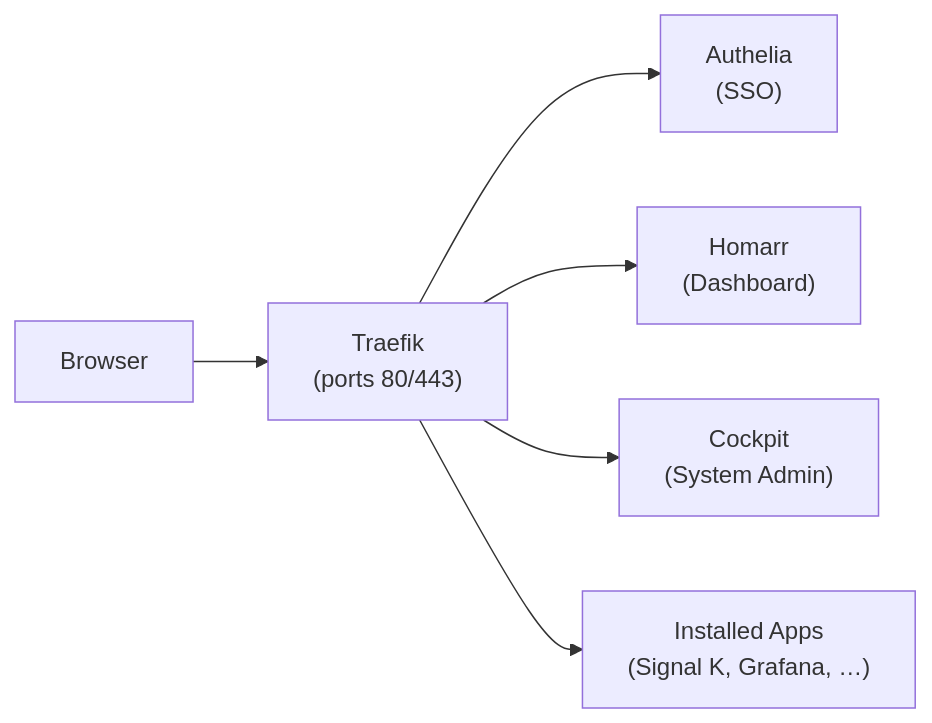
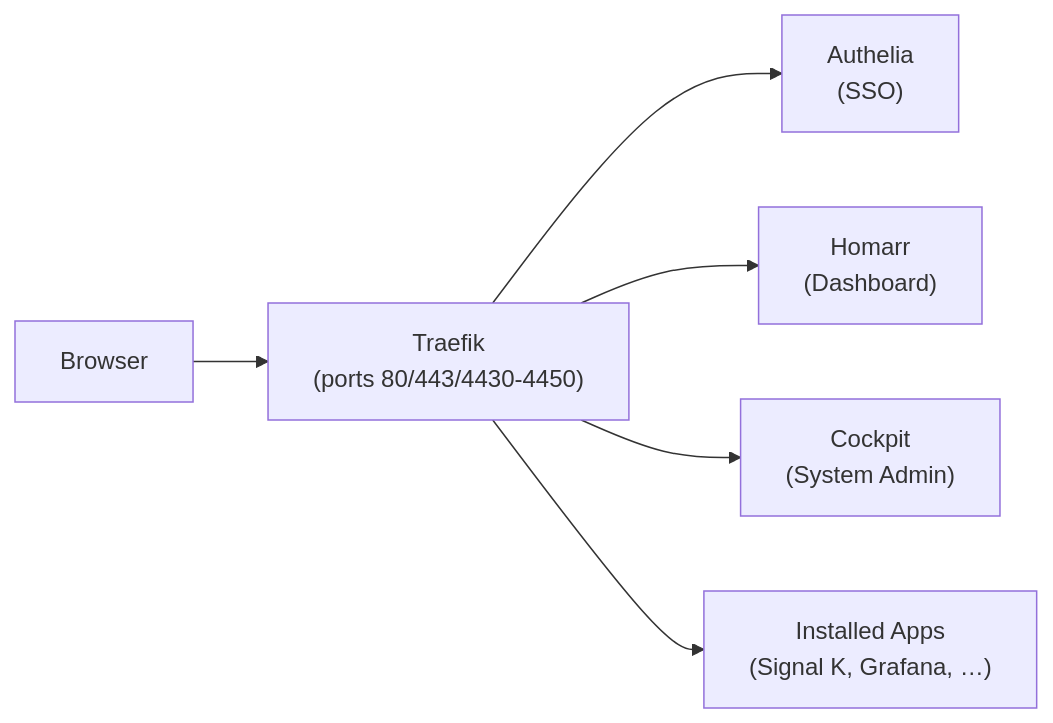
Before and after one commit to halos-org/docs: the diagram in docs/user-guide/web-interface.md, drawn with Mermaid. The commit also changed other lines of this file and 6 other files, not shown here.

````diff
--- a/docs/user-guide/web-interface.md
+++ b/docs/user-guide/web-interface.md
@@ -9,8 +9,8 @@
 ```mermaid
 graph LR
-    Browser --> Traefik["Traefik<br/>(ports 80/443)"]
+    Browser --> Traefik["Traefik<br/>(ports 80/443/4430-4450)"]
     Traefik --> Authelia["Authelia<br/>(SSO)"]
     Traefik --> Homarr["Homarr<br/>(Dashboard)"]
     Traefik --> Cockpit["Cockpit<br/>(System Admin)"]
     Traefik --> Apps["Installed Apps<br/>(Signal K, Grafana, …)"]
 ```
````
